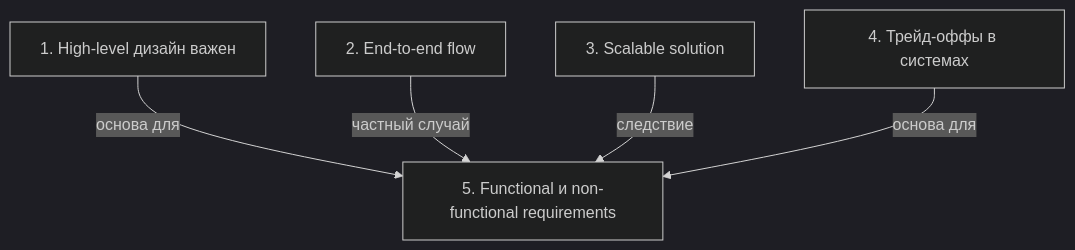
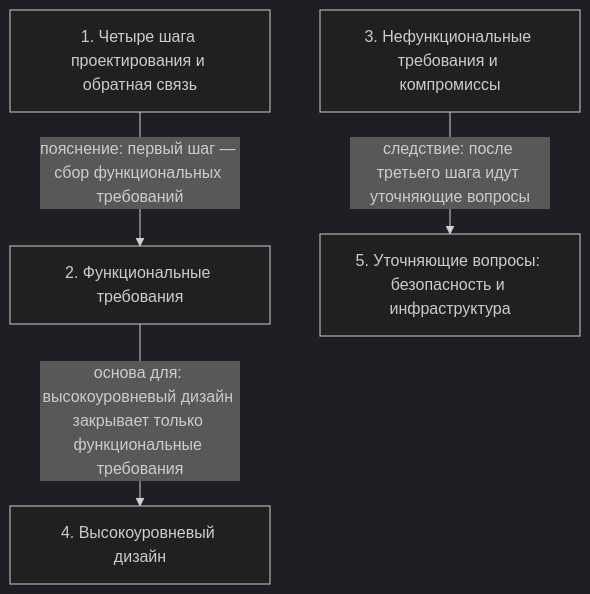
Before and after one commit to AsoloCode/notes: the diagram in SSL.BAND Систем Дизайн/08 - Как пройти system design интервью (от Andrii Bui) — sys-des-checklist/notes.md, drawn with Mermaid (dark theme). The commit also changed other lines of this file and 391 other files, not shown here.

````diff
--- a/SSL.BAND Систем Дизайн/08 - Как пройти system design интервью (от Andrii Bui) — sys-des-checklist/notes.md
+++ b/SSL.BAND Систем Дизайн/08 - Как пройти system design интервью (от Andrii Bui) — sys-des-checklist/notes.md
@@ -68,12 +77,11 @@
 ```mermaid
 flowchart TD
-    n1["1. High-level дизайн важен"]
-    n2["2. End-to-end flow"]
-    n3["3. Scalable solution"]
-    n4["4. Трейд-оффы в системах"]
-    n5["5. Functional и non-functional requirements"]
-    n1 -->|основа для| n5
-    n2 -->|частный случай| n5
-    n3 -->|следствие| n5
-    n4 -->|основа для| n5
+    n1["1. Четыре шага проектирования и обратная связь"]
+    n2["2. Функциональные требования"]
+    n3["3. Нефункциональные требования и компромиссы"]
+    n4["4. Высокоуровневый дизайн"]
+    n5["5. Уточняющие вопросы: безопасность и инфраструктура"]
+    n1 -->|пояснение: первый шаг — сбор функциональных требований| n2
+    n2 -->|основа для: высокоуровневый дизайн закрывает только функциональные требования| n4
+    n3 -->|следствие: после третьего шага идут уточняющие вопросы| n5
 ```
````
